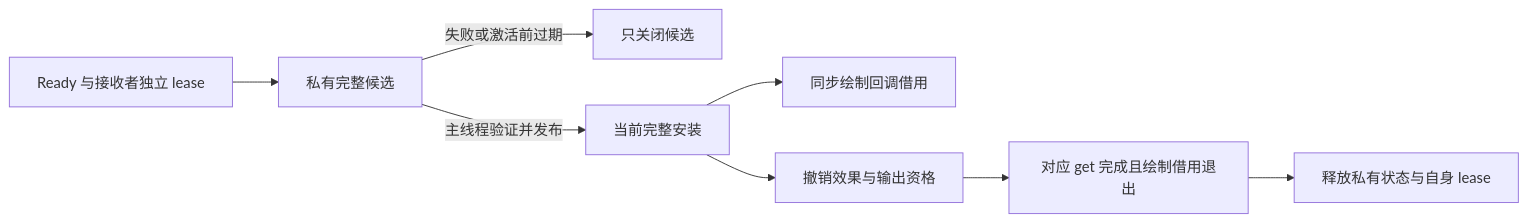
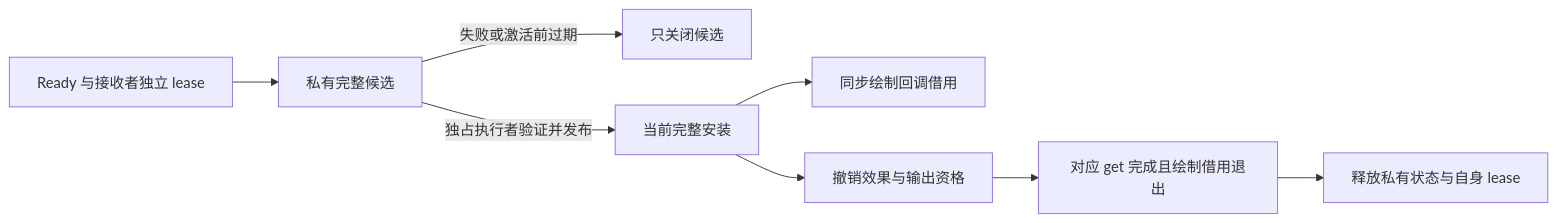
The second of 2 diagrams in docs/architecture/animation/entity-lifecycle.md (YesSteveModel/YesSteveModel), drawn with Mermaid before and after one commit. The commit also changed other lines of this file and 82 other files, not shown here.

````diff
--- a/docs/architecture/animation/entity-lifecycle.md
+++ b/docs/architecture/animation/entity-lifecycle.md
@@ -41,10 +41,10 @@
 ```mermaid
 flowchart LR
     Ready["Ready 与接收者独立 lease"] --> Candidate["私有完整候选"]
     Candidate -->|"失败或激活前过期"| Reject["只关闭候选"]
-    Candidate -->|"主线程验证并发布"| Current["当前完整安装"]
+    Candidate -->|"独占执行者验证并发布"| Current["当前完整安装"]
     Current --> Borrow["同步绘制回调借用"]
     Current --> Seal["撤销效果与输出资格"]
     Seal --> End["对应 get 完成且绘制借用退出"]
     End --> Release["释放私有状态与自身 lease"]
 ```
````
